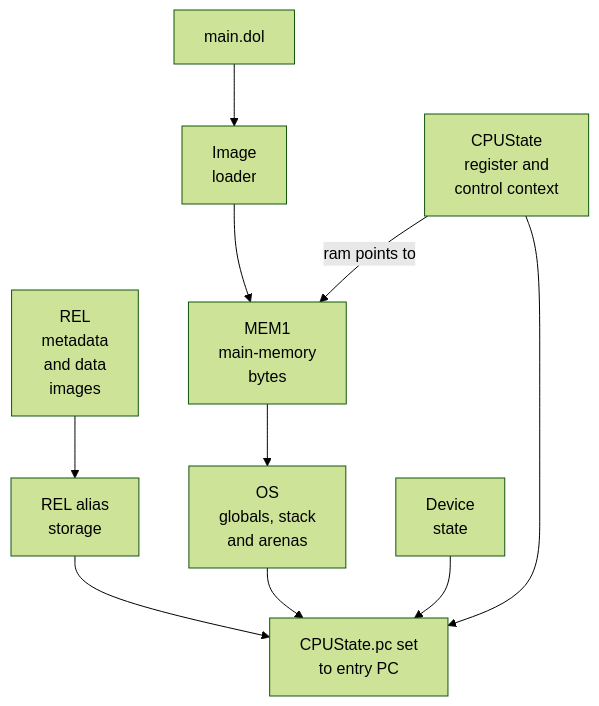
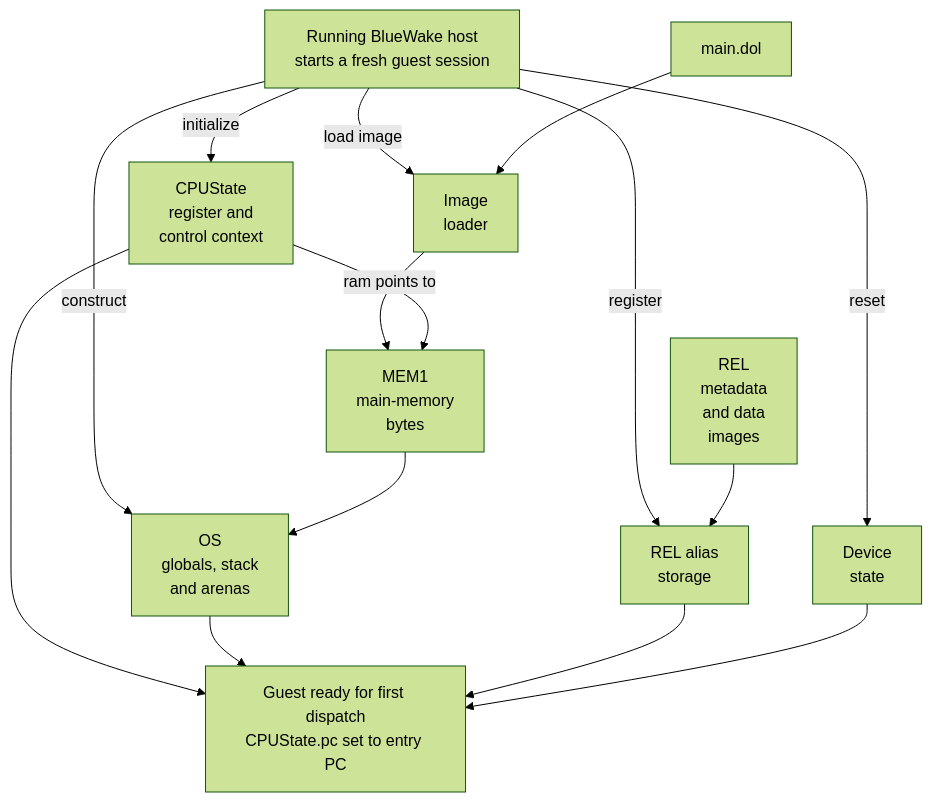
One commit to Aelbannan/boat_of_daphnes changed the sixth of 6 diagrams in docs/architecture/GuestState.md. Above: the diagram before and after it, drawn with Mermaid (forest theme). The commit also changed other lines of this file, not shown here.

Commit message:
docs: clarify fresh guest initialization

````diff
--- a/docs/architecture/GuestState.md
+++ b/docs/architecture/GuestState.md
@@ -599,34 +600,41 @@
 ```mermaid
 flowchart TD
+    Host["`Running BlueWake host
+starts a fresh guest session`"]
     DOL["main.dol"]
     REL["`REL
 metadata
 and data
 images`"]
     Loader["`Image
 loader`"]
     CPU["`CPUState
 register and
 control context`"]
     MEM1["`MEM1
 main-memory
 bytes`"]
     Aliases["`REL alias
 storage`"]
     OS["`OS
 globals, stack
 and arenas`"]
     Devices["`Device
 state`"]
-    Ready["`CPUState.pc set
-to entry PC`"]
+    Ready["`Guest ready for first dispatch
+CPUState.pc set to entry PC`"]
 
+    Host -->|"initialize"| CPU
+    Host -->|"load image"| Loader
+    Host -->|"register"| Aliases
+    Host -->|"construct"| OS
+    Host -->|"reset"| Devices
     DOL --> Loader --> MEM1
     REL --> Aliases
     CPU -->|"`ram points to`"| MEM1
     MEM1 --> OS
     CPU --> Ready
     OS --> Ready
     Aliases --> Ready
     Devices --> Ready
 ```
````
